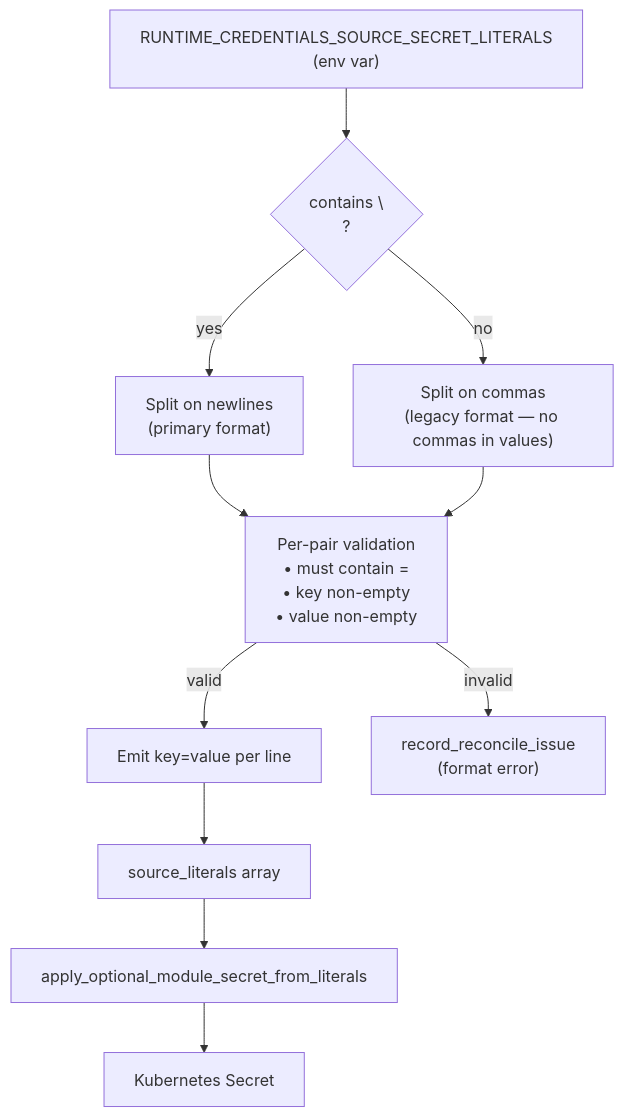
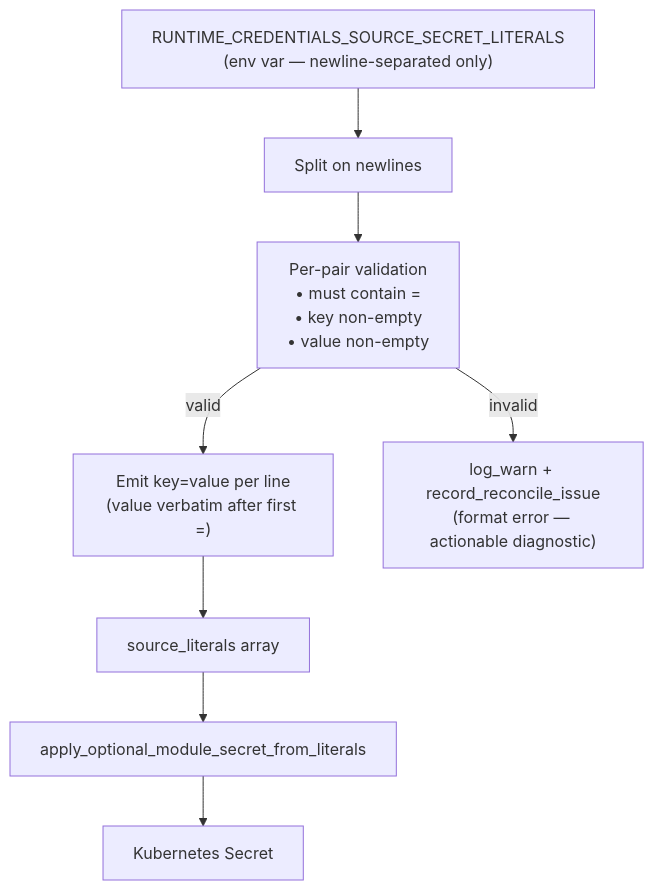
Before and after one commit to sbonoc/stackit-platform-blueprint: the diagram in specs/2026-04-28-issue-234-literal-pairs-newline-format/architecture.md, drawn with Mermaid. The commit also changed other lines of this file and 5 other files, not shown here.

First line of the commit message:
feat(issue-234-literal-pairs-newline-format): resolve Option A/B — newline-only, no backward compat

````diff
--- a/specs/2026-04-28-issue-234-literal-pairs-newline-format/architecture.md
+++ b/specs/2026-04-28-issue-234-literal-pairs-newline-format/architecture.md
@@ -46,24 +46,19 @@
 ```mermaid
 flowchart TD
-    ENV["RUNTIME_CREDENTIALS_SOURCE_SECRET_LITERALS\n(env var)"]
-    DETECT{"contains \\n?"}
-    NL["Split on newlines\n(primary format)"]
-    CSV["Split on commas\n(legacy format — no commas in values)"]
+    ENV["RUNTIME_CREDENTIALS_SOURCE_SECRET_LITERALS\n(env var — newline-separated only)"]
+    SPLIT["Split on newlines"]
     VALIDATE["Per-pair validation\n• must contain =\n• key non-empty\n• value non-empty"]
-    OUT["Emit key=value per line"]
-    ERR["record_reconcile_issue\n(format error)"]
+    OUT["Emit key=value per line\n(value verbatim after first =)"]
+    ERR["log_warn + record_reconcile_issue\n(format error — actionable diagnostic)"]
     ARRAY["source_literals array"]
     APPLY["apply_optional_module_secret_from_literals"]
     SECRET["Kubernetes Secret"]
 
-    ENV --> DETECT
-    DETECT -- yes --> NL
-    DETECT -- no --> CSV
-    NL --> VALIDATE
-    CSV --> VALIDATE
+    ENV --> SPLIT
+    SPLIT --> VALIDATE
     VALIDATE -- valid --> OUT
     VALIDATE -- invalid --> ERR
     OUT --> ARRAY
     ARRAY --> APPLY
     APPLY --> SECRET
 ```
````
